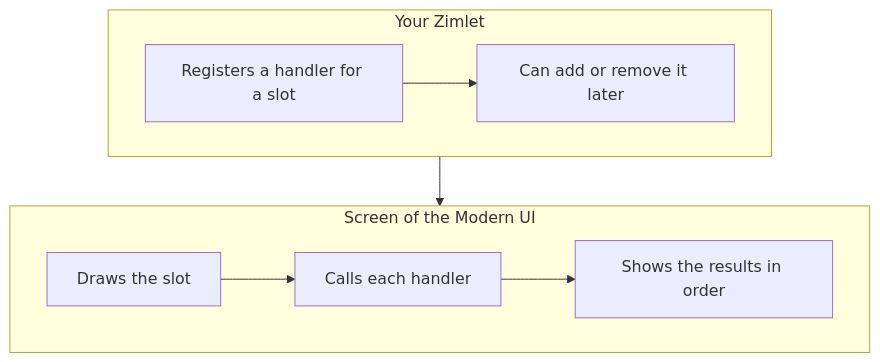
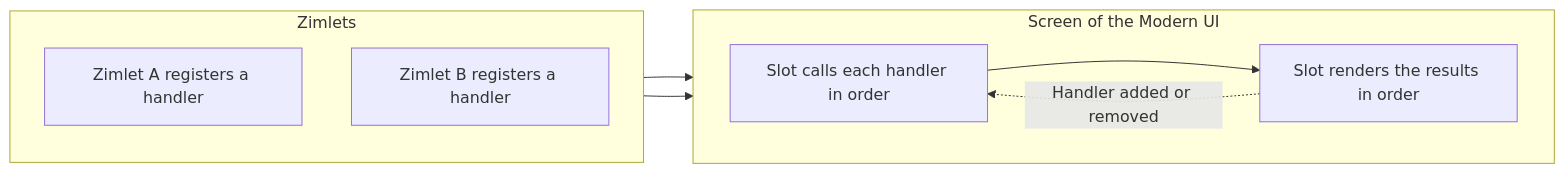
One commit to Zimbra/zimlet-cli changed the diagram in documentation/modules/ROOT/images/diagrams/slot-rendering.mmd. Above: the diagram before and after it, drawn with Mermaid. The commit also changed 45 other files, not shown here.

```diff
--- a/documentation/modules/ROOT/images/diagrams/slot-rendering.mmd
+++ b/documentation/modules/ROOT/images/diagrams/slot-rendering.mmd
@@ -1,10 +1,13 @@
-flowchart TB
-  subgraph zimlet["Your Zimlet"]
-    direction LR
-    A["Registers a handler for a slot"] --> E["Can add or remove it later"]
+flowchart LR
+  subgraph zimlets["Zimlets"]
+    direction TB
+    A["Zimlet A registers a handler"]
+    B["Zimlet B registers a handler"]
   end
   subgraph screen["Screen of the Modern UI"]
     direction LR
-    B["Draws the slot"] --> C["Calls each handler"] --> D["Shows the results in order"]
+    C["Slot calls each handler in order"] --> D["Slot renders the results in order"]
   end
-  zimlet --> screen
+  A --> C
+  B --> C
+  D -. "Handler added or removed" .-> C
```
